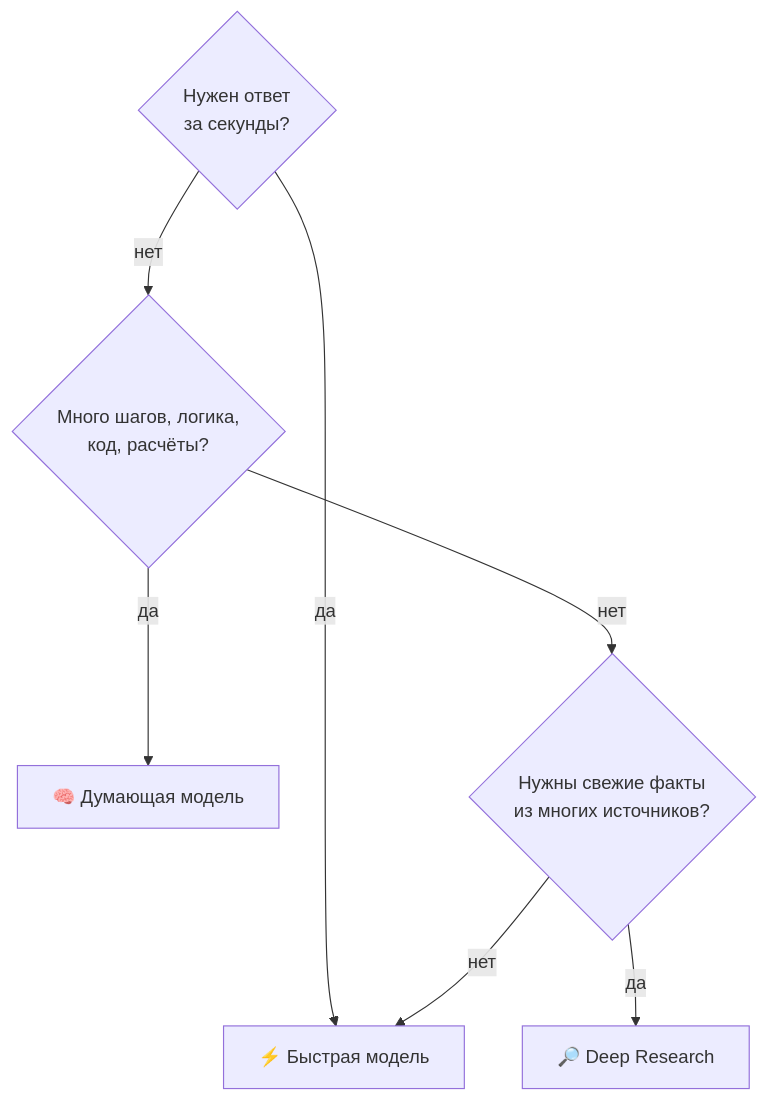
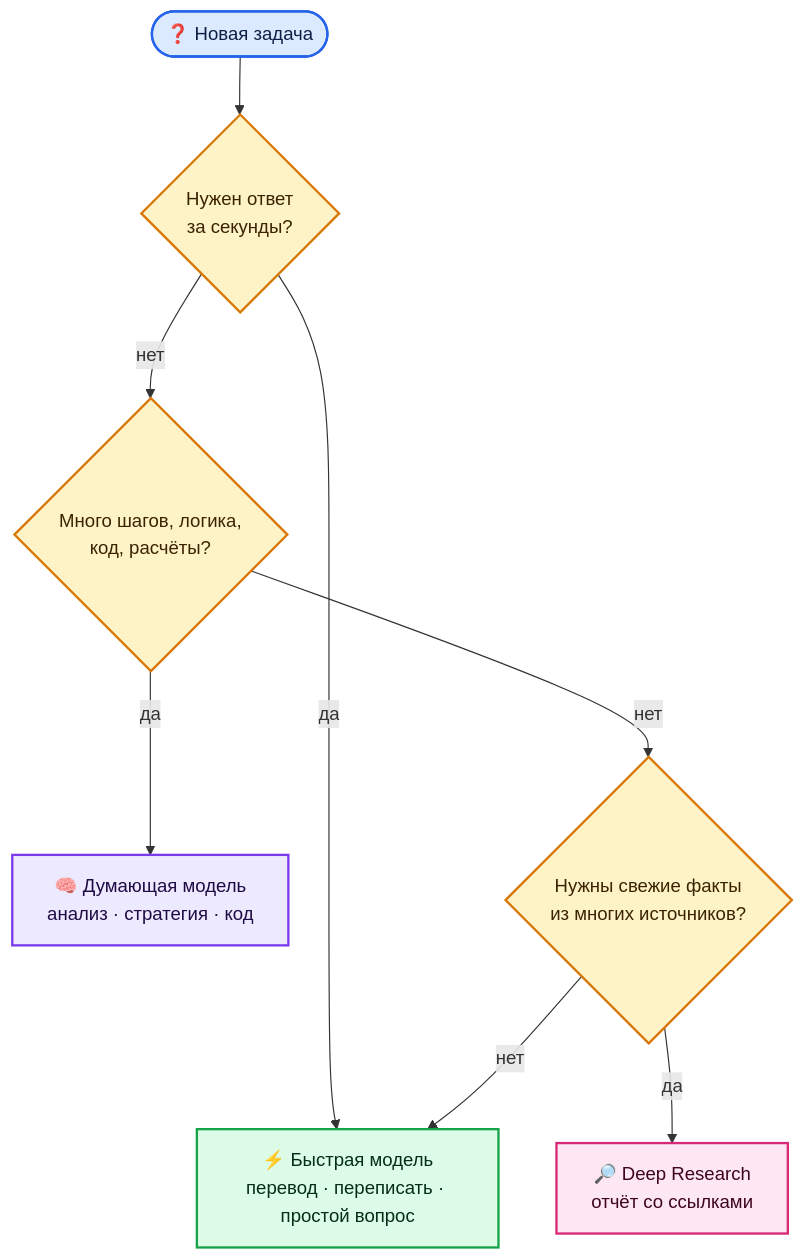
One commit to justxor/ChatGPT_ru changed the seventh of 13 diagrams in README.md. Above: the diagram before and after it, drawn with Mermaid. The commit also changed other lines of this file, not shown here.

Commit message:
Схемы: цветовая разметка, группы и подписи; карта «Что полезного в репозитории»

````diff
--- a/README.md
+++ b/README.md
@@ -199,9 +293,16 @@
 ```mermaid
 flowchart TD
-    Q1{"Нужен ответ<br/>за секунды?"} -- да --> F["⚡ Быстрая модель"]
-    Q1 -- нет --> Q2{"Много шагов, логика,<br/>код, расчёты?"}
-    Q2 -- да --> T["🧠 Думающая модель"]
-    Q2 -- нет --> Q3{"Нужны свежие факты<br/>из многих источников?"}
-    Q3 -- да --> D["🔎 Deep Research"]
-    Q3 -- нет --> F
+    S(["❓ Новая задача"]):::user --> Q1{"Нужен ответ<br/>за секунды?"}:::model
+    Q1 -- "да" --> F["⚡ Быстрая модель<br/>перевод · переписать · простой вопрос"]:::tool
+    Q1 -- "нет" --> Q2{"Много шагов, логика,<br/>код, расчёты?"}:::model
+    Q2 -- "да" --> T["🧠 Думающая модель<br/>анализ · стратегия · код"]:::ctx
+    Q2 -- "нет" --> Q3{"Нужны свежие факты<br/>из многих источников?"}:::model
+    Q3 -- "да" --> D["🔎 Deep Research<br/>отчёт со ссылками"]:::out
+    Q3 -- "нет" --> F
+    classDef user fill:#dbeafe,stroke:#2563eb,stroke-width:2px,color:#0b1f44
+    classDef ctx fill:#ede9fe,stroke:#7c3aed,stroke-width:2px,color:#1e0b44
+    classDef model fill:#fef3c7,stroke:#d97706,stroke-width:2px,color:#3b2300
+    classDef tool fill:#dcfce7,stroke:#16a34a,stroke-width:2px,color:#052e16
+    classDef out fill:#fce7f3,stroke:#db2777,stroke-width:2px,color:#3f0420
+    classDef warn fill:#fee2e2,stroke:#dc2626,stroke-width:2px,color:#450a0a
 ```
````
